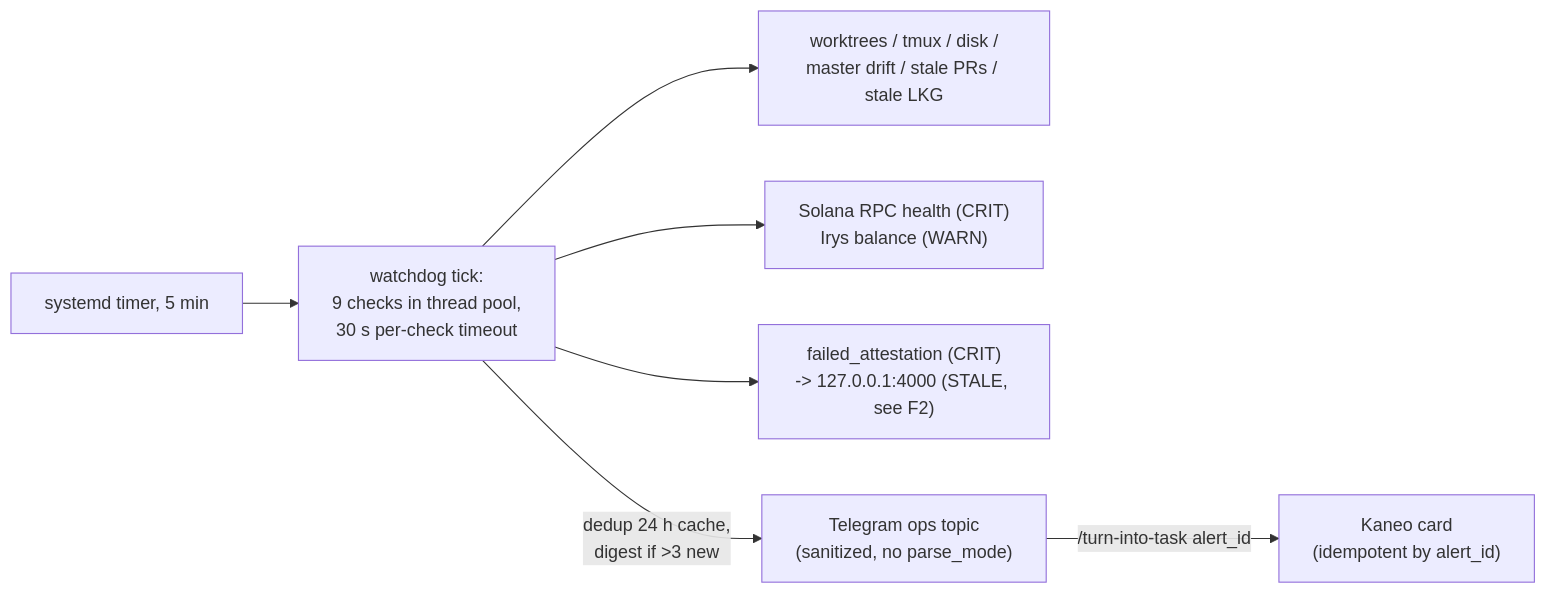
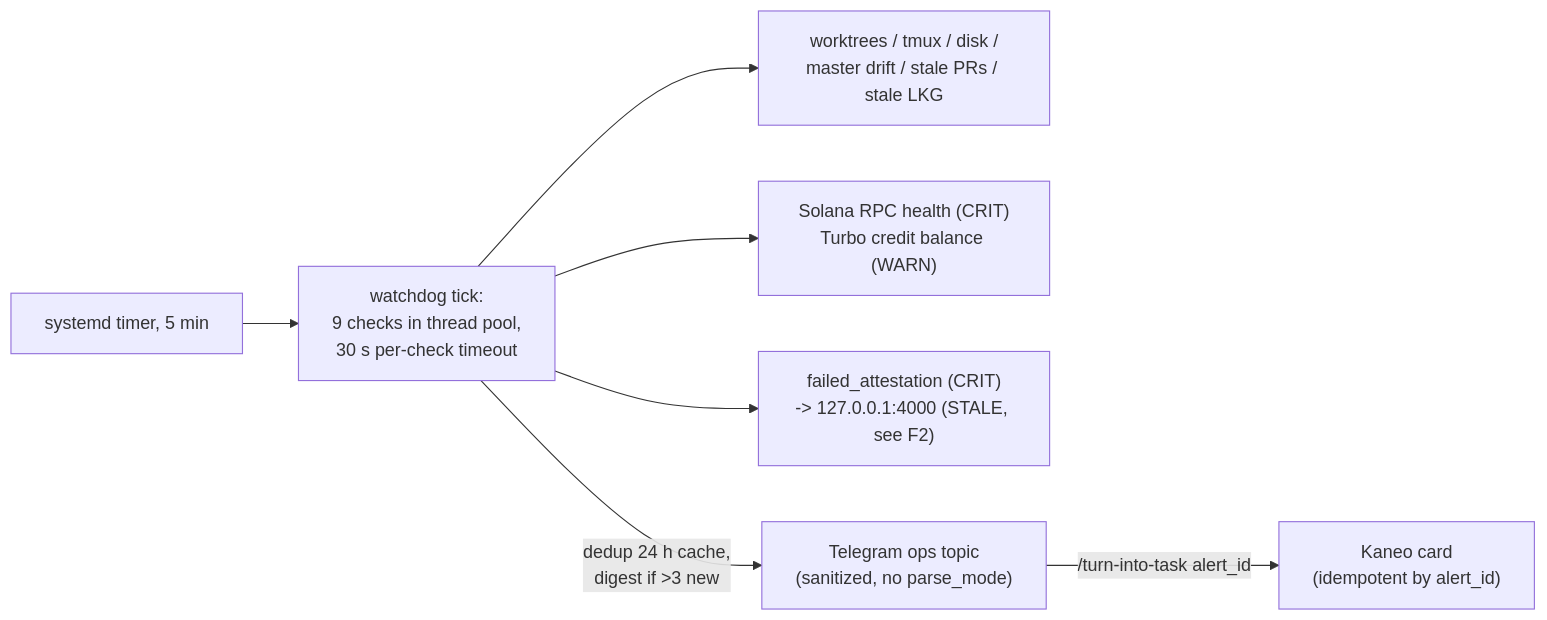
One commit to mnemonik-dev/coding-fabric changed the seventh of 7 diagrams in docs/architecture-report.md. Above: the diagram before and after it, drawn with Mermaid. The commit also changed other lines of this file and 71 other files, not shown here.

````diff
--- a/docs/architecture-report.md
+++ b/docs/architecture-report.md
@@ -266,9 +266,9 @@
 ```mermaid
 flowchart LR
     TIMER["systemd timer, 5 min"] --> WD["watchdog tick:<br/>9 checks in thread pool,<br/>30 s per-check timeout"]
     WD --> C1["worktrees / tmux / disk /<br/>master drift / stale PRs / stale LKG"]
-    WD --> C2["Solana RPC health (CRIT)<br/>Irys balance (WARN)"]
+    WD --> C2["Solana RPC health (CRIT)<br/>Turbo credit balance (WARN)"]
     WD --> C3["failed_attestation (CRIT)<br/>-> 127.0.0.1:4000 (STALE, see F2)"]
     WD -->|dedup 24 h cache,<br/>digest if >3 new| TG["Telegram ops topic<br/>(sanitized, no parse_mode)"]
     TG -->|"/turn-into-task alert_id"| KC["Kaneo card<br/>(idempotent by alert_id)"]
 ```
````
